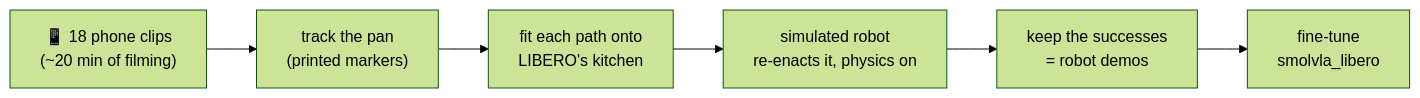
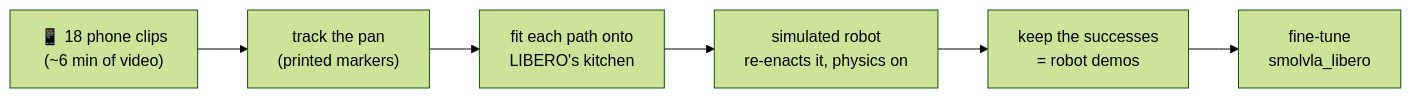
Before and after one commit to pd05849/HumanoidAI_challenge: the diagram in README.md, drawn with Mermaid (forest theme). The commit also changed other lines of this file and 2 other files, not shown here.

````diff
--- a/README.md
+++ b/README.md
@@ -59,8 +76,8 @@
 ```mermaid
 flowchart LR
-    A["📱 18 phone clips<br/>(~20 min of filming)"] --> B["track the pan<br/>(printed markers)"]
+    A["📱 18 phone clips<br/>(~6 min of video)"] --> B["track the pan<br/>(printed markers)"]
     B --> C["fit each path onto<br/>LIBERO's kitchen"]
     C --> D["simulated robot<br/>re-enacts it, physics on"]
     D --> E["keep the successes<br/>= robot demos"]
     E --> F["fine-tune<br/>smolvla_libero"]
 ```
````
